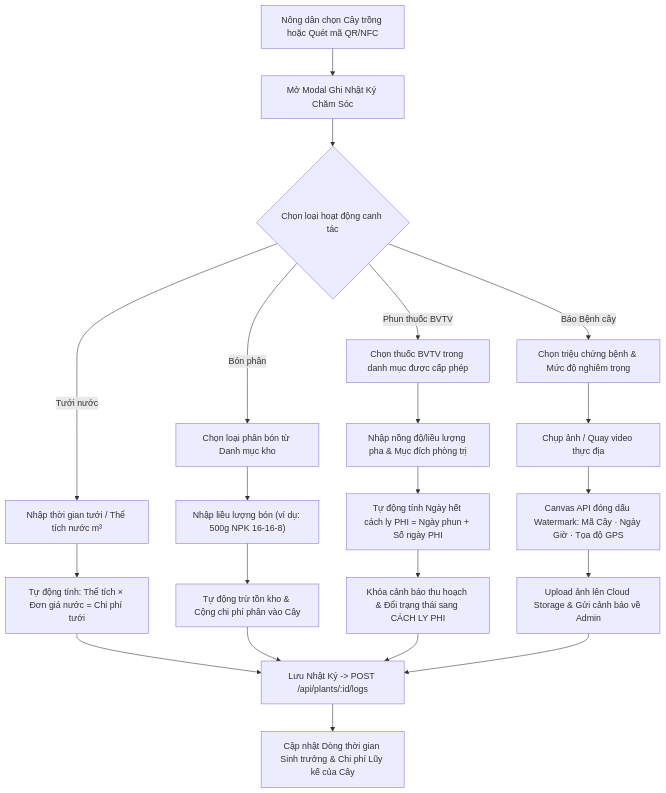
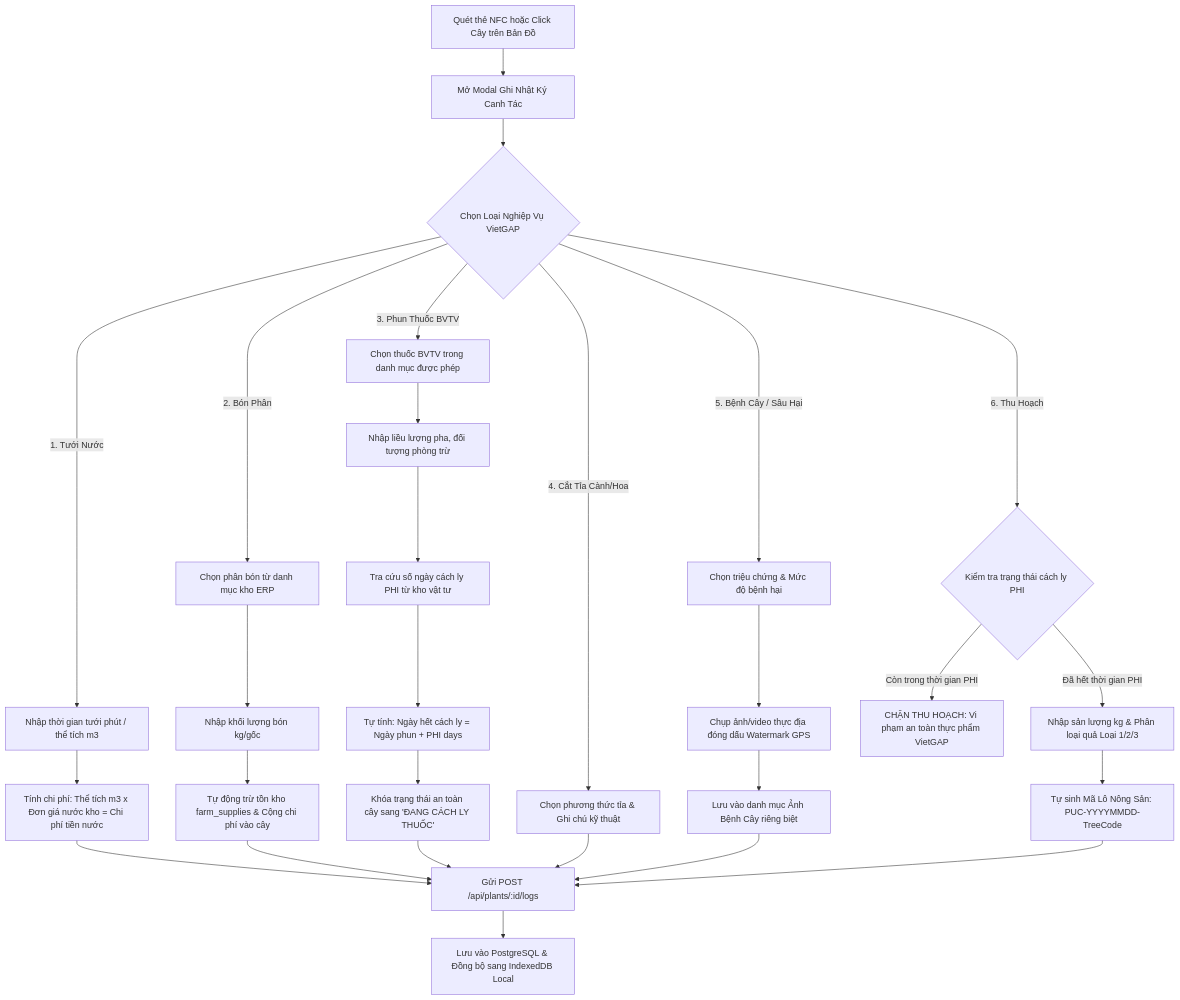
Before and after one commit to Phuc0901-pp/plant-book: the sixth of 16 diagrams in README.md, drawn with Mermaid. The commit also changed other lines of this file, not shown here.

Commit message:
docs(readme): comprehensive system architecture, mindmaps, SOP flowcharts, ERD, API specs and QA/QC audit report

````diff
--- a/README.md
+++ b/README.md
@@ -193,33 +310,44 @@
 ```mermaid
 flowchart TD
-    A["Nông dân chọn Cây trồng hoặc Quét mã QR/NFC"] --> B["Mở Modal Ghi Nhật Ký Chăm Sóc"]
-    B --> C{"Chọn loại hoạt động canh tác"}
+    A[Quét thẻ NFC hoặc Click Cây trên Bản Đồ] --> B[Mở Modal Ghi Nhật Ký Canh Tác]
+    B --> C{Chọn Loại Nghiệp Vụ VietGAP}
 
-    %% Tưới nước
-    C -->|"Tưới nước"| D1["Nhập thời gian tưới / Thể tích nước m³"]
-    D1 --> D2["Tự động tính: Thể tích × Đơn giá nước = Chi phí tưới"]
+    %% 1. Tưới nước
+    C -->|1. Tưới Nước| W1[Nhập thời gian tưới phút / thể tích m3]
+    W1 --> W2[Tính chi phí: Thể tích m3 x Đơn giá nước kho = Chi phí tiền nước]
 
-    %% Bón phân
-    C -->|"Bón phân"| E1["Chọn loại phân bón từ Danh mục kho"]
-    E1 --> E2["Nhập liều lượng bón (ví dụ: 500g NPK 16-16-8)"]
-    E2 --> E3["Tự động trừ tồn kho & Cộng chi phí phân vào Cây"]
+    %% 2. Bón phân
+    C -->|2. Bón Phân| F1[Chọn phân bón từ danh mục kho ERP]
+    F1 --> F2[Nhập khối lượng bón kg/gốc]
+    F2 --> F3[Tự động trừ tồn kho farm_supplies & Cộng chi phí vào cây]
 
-    %% Phun thuốc BVTV
-    C -->|"Phun thuốc BVTV"| F1["Chọn thuốc BVTV trong danh mục được cấp phép"]
-    F1 --> F2["Nhập nồng độ/liều lượng pha & Mục đích phòng trị"]
-    F2 --> F3["Tự động tính Ngày hết cách ly PHI = Ngày phun + Số ngày PHI"]
-    F3 --> F4["Khóa cảnh báo thu hoạch & Đổi trạng thái sang CÁCH LY PHI"]
+    %% 3. Phun thuốc BVTV
+    C -->|3. Phun Thuốc BVTV| P1[Chọn thuốc BVTV trong danh mục được phép]
+    P1 --> P2[Nhập liều lượng pha, đối tượng phòng trừ]
+    P2 --> P3[Tra cứu số ngày cách ly PHI từ kho vật tư]
+    P3 --> P4[Tự tính: Ngày hết cách ly = Ngày phun + PHI days]
+    P4 --> P5[Khóa trạng thái an toàn cây sang 'ĐANG CÁCH LY THUỐC']
 
-    %% Báo bệnh cây
-    C -->|"Báo Bệnh cây"| G1["Chọn triệu chứng bệnh & Mức độ nghiêm trọng"]
-    G1 --> G2["Chụp ảnh / Quay video thực địa"]
-    G2 --> G3["Canvas API đóng dấu Watermark: Mã Cây · Ngày Giờ · Tọa độ GPS"]
-    G3 --> G4["Upload ảnh lên Cloud Storage & Gửi cảnh báo về Admin"]
+    %% 4. Cắt tỉa
+    C -->|4. Cắt Tỉa Cành/Hoa| T1[Chọn phương thức tỉa & Ghi chú kỹ thuật]
 
-    %% Ghi nhận vào DB
-    D2 --> H["Lưu Nhật Ký -> POST /api/plants/:id/logs"]
-    E3 --> H
-    F4 --> H
-    G4 --> H
-    H --> I["Cập nhật Dòng thời gian Sinh trưởng & Chi phí Lũy kế của Cây"]
+    %% 5. Bệnh cây
+    C -->|5. Bệnh Cây / Sâu Hại| D1[Chọn triệu chứng & Mức độ bệnh hại]
+    D1 --> D2[Chụp ảnh/video thực địa đóng dấu Watermark GPS]
+    D2 --> D3[Lưu vào danh mục Ảnh Bệnh Cây riêng biệt]
+
+    %% 6. Thu hoạch
+    C -->|6. Thu Hoạch| H1{Kiểm tra trạng thái cách ly PHI}
+    H1 -->|Còn trong thời gian PHI| H2[CHẶN THU HOẠCH: Vi phạm an toàn thực phẩm VietGAP]
+    H1 -->|Đã hết thời gian PHI| H3[Nhập sản lượng kg & Phân loại quả Loại 1/2/3]
+    H3 --> H4[Tự sinh Mã Lô Nông Sản: PUC-YYYYMMDD-TreeCode]
+
+    W2 --> SaveLog[Gửi POST /api/plants/:id/logs]
+    F3 --> SaveLog
+    P5 --> SaveLog
+    T1 --> SaveLog
+    D3 --> SaveLog
+    H4 --> SaveLog
+
+    SaveLog --> DBCommit[Lưu vào PostgreSQL & Đồng bộ sang IndexedDB Local]
 ```
````
